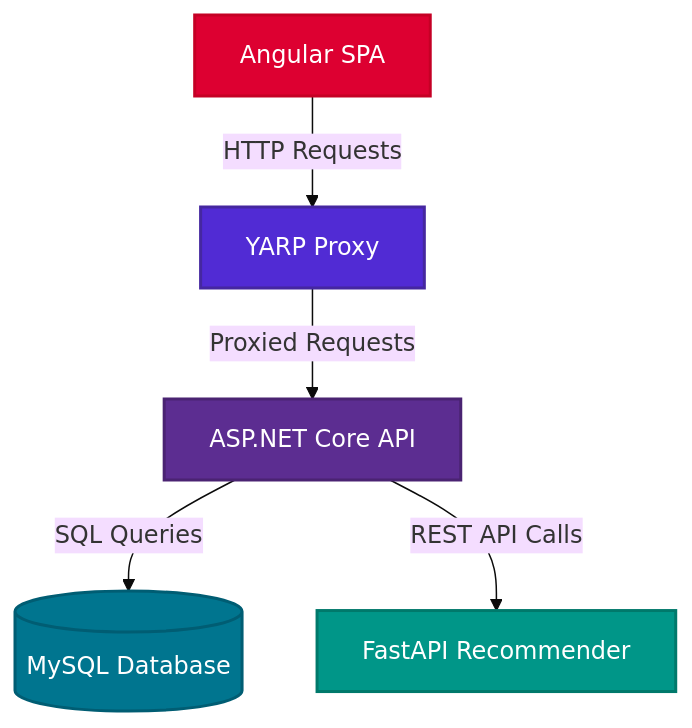
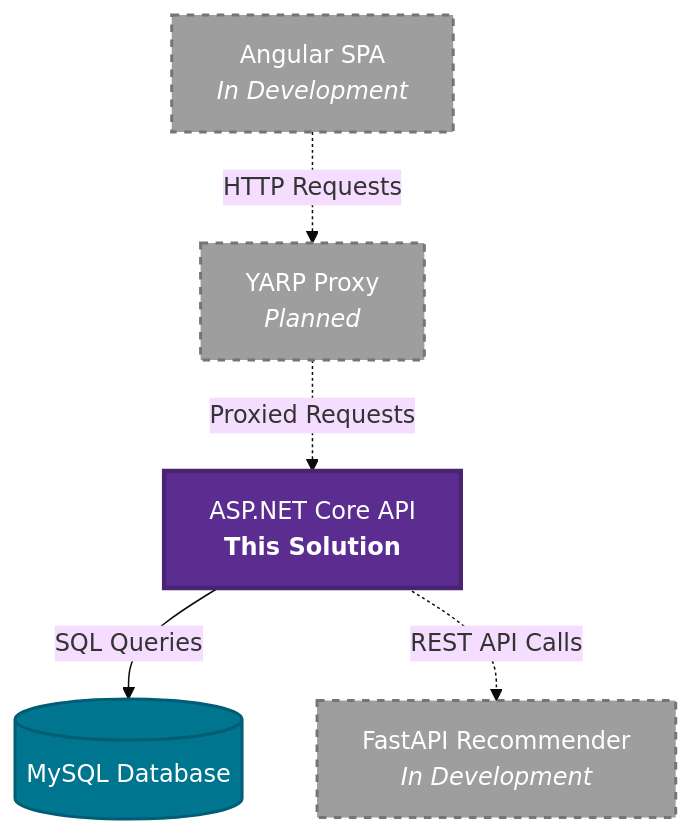
One commit to jklzz02/Anime-Rest-API changed the diagram in README.md. Above: the diagram before and after it, drawn with Mermaid (base theme). The commit also changed other lines of this file, not shown here.

````diff
--- a/README.md
+++ b/README.md
@@ -3,28 +17,25 @@
 ```mermaid
-
 graph TB
-A[Angular SPA]
-B[YARP Proxy]
-C[ASP.NET Core API]
-E[FastAPI Recommender]
-D[(MySQL Database)]
+    A[Angular SPA<br/><em>In Development</em>]
+    B[YARP Proxy<br/><em>Planned</em>]
+    C[ASP.NET Core API<br/><strong>This Solution</strong>]
+    E[FastAPI Recommender<br/><em>In Development</em>]
+    D[(MySQL Database)]
 
     %% Connections
-    A -->|HTTP Requests| B
-    B -->|Proxied Requests| C
+    A -.->|HTTP Requests| B
+    B -.->|Proxied Requests| C
     C -->|SQL Queries| D
-    C -->|REST API Calls| E
+    C -.->|REST API Calls| E
 
     %% Styling
-    classDef frontend fill:#dd0031,stroke:#c50025,stroke-width:2px,color:#fff
-    classDef proxy fill:#512bd4,stroke:#4527a0,stroke-width:2px,color:#fff
-    classDef backend fill:#5c2d91,stroke:#4a2372,stroke-width:2px,color:#fff
-    classDef ml fill:#009688,stroke:#00796b,stroke-width:2px,color:#fff
+    classDef planned fill:#9e9e9e,stroke:#757575,stroke-width:2px,color:#fff,stroke-dasharray: 5 5
+    classDef backend fill:#5c2d91,stroke:#4a2372,stroke-width:3px,color:#fff
     classDef database fill:#00758f,stroke:#005d73,stroke-width:2px,color:#fff
 
-    class A frontend
-    class B proxy
+    class A planned
+    class B planned
     class C backend
-    class E ml
+    class E planned
     class D database
 ```
````
